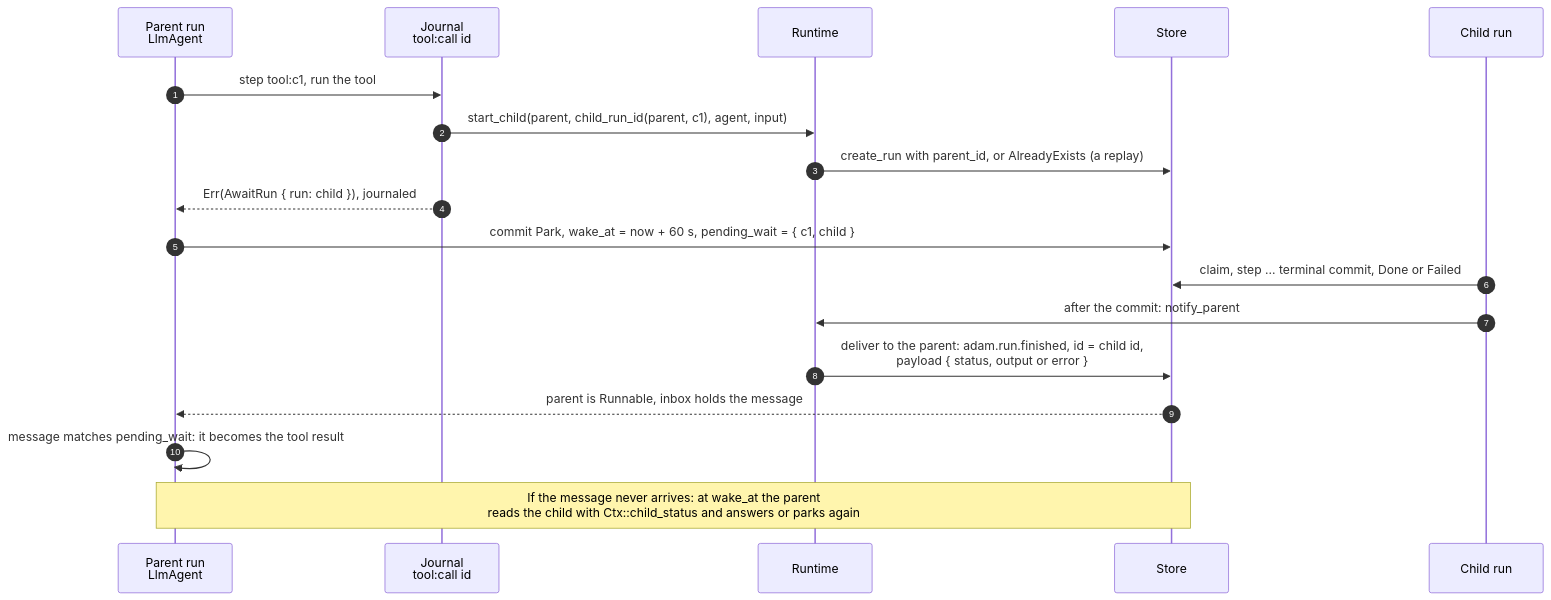
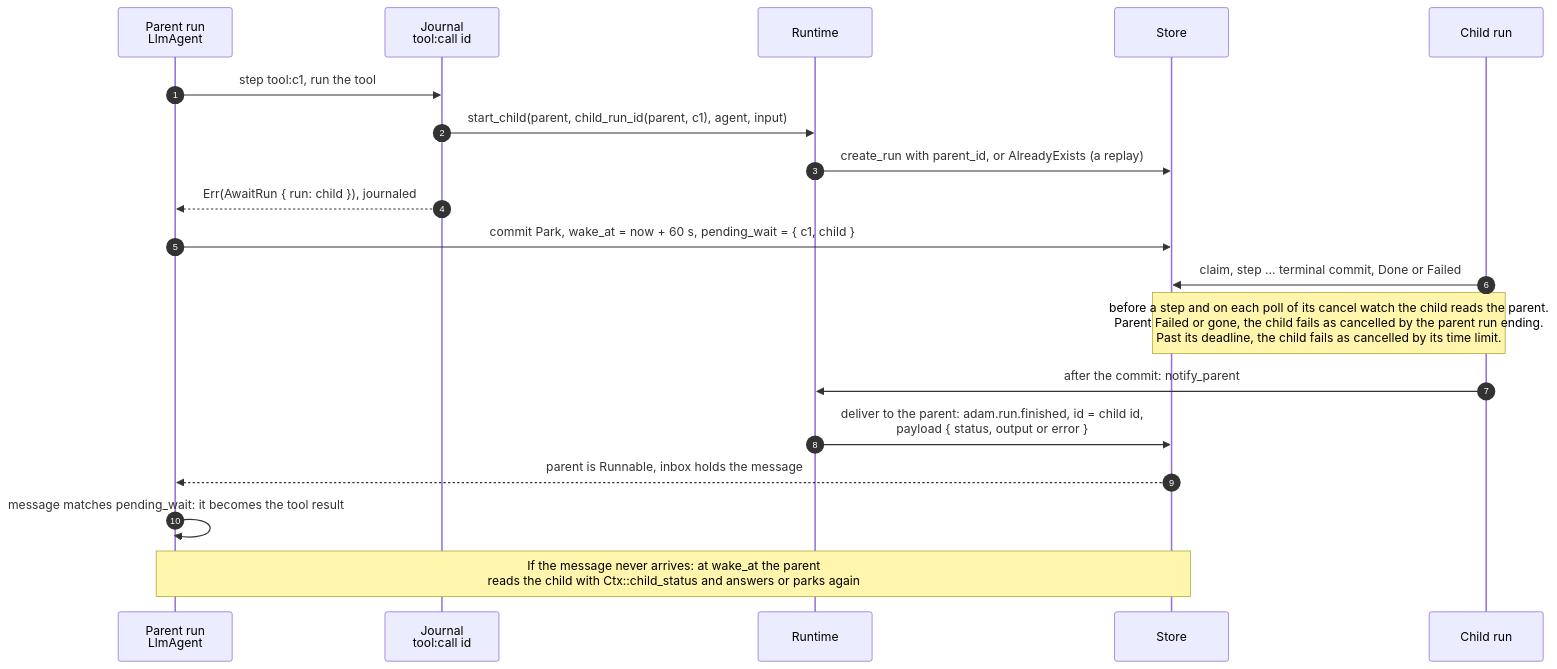
One commit to vymalo/another-adam-rs changed diagram 17 of 19 in docs/architecture.md. Above: the diagram before and after it, drawn with Mermaid. The commit also changed other lines of this file and 14 other files, not shown here.

First line of the commit message:
docs: doom_loop, tool and child time limits, the cancel cascade

````diff
--- a/docs/architecture.md
+++ b/docs/architecture.md
@@ -964,21 +976,22 @@
 ```mermaid
 sequenceDiagram
     autonumber
     participant P as Parent run<br/>LlmAgent
     participant J as Journal<br/>tool:call id
     participant R as Runtime
     participant DB as Store
     participant C as Child run
 
     P->>J: step tool:c1, run the tool
     J->>R: start_child(parent, child_run_id(parent, c1), agent, input)
     R->>DB: create_run with parent_id, or AlreadyExists (a replay)
     J-->>P: Err(AwaitRun { run: child }), journaled
     P->>DB: commit Park, wake_at = now + 60 s, pending_wait = { c1, child }
     C->>DB: claim, step ... terminal commit, Done or Failed
+    Note over C,DB: before a step and on each poll of its cancel watch the child reads the parent.<br/>Parent Failed or gone, the child fails as cancelled by the parent run ending.<br/>Past its deadline, the child fails as cancelled by its time limit.
     C->>R: after the commit: notify_parent
     R->>DB: deliver to the parent: adam.run.finished, id = child id,<br/>payload { status, output or error }
     DB-->>P: parent is Runnable, inbox holds the message
     P->>P: message matches pending_wait: it becomes the tool result
     Note over P,DB: If the message never arrives: at wake_at the parent<br/>reads the child with Ctx::child_status and answers or parks again
 ```
````
